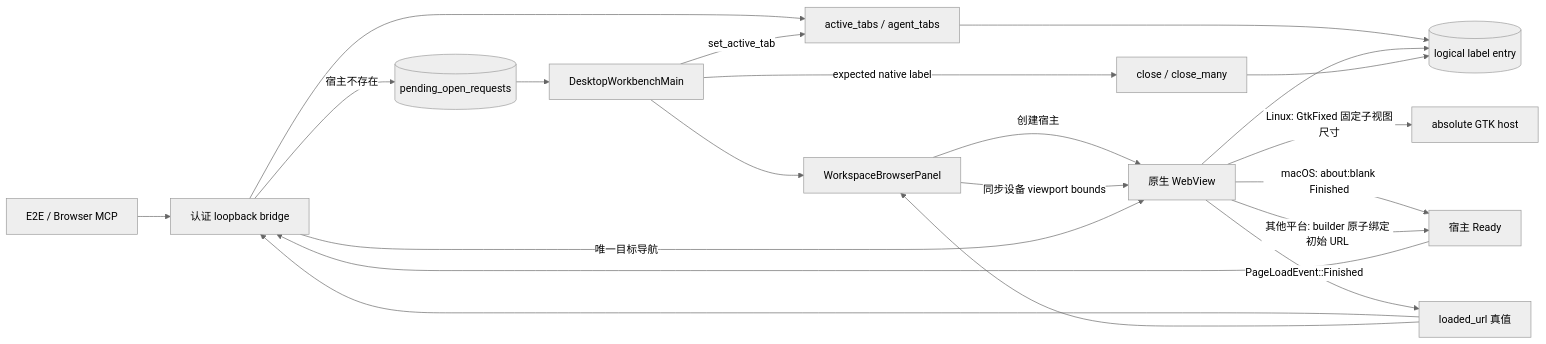
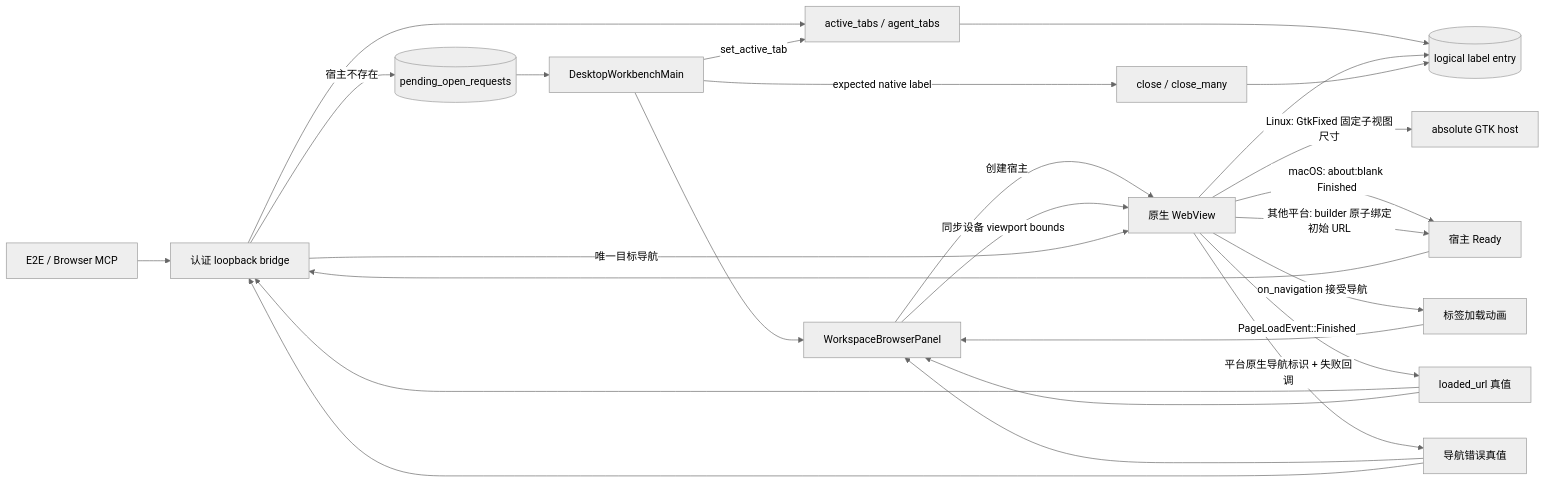
Before and after one commit to wecode-ai/wegent-docs: the first of 2 diagrams in i18n/zh/docusaurus-plugin-content-docs/current/architecture/embedded-browser.md, drawn with Mermaid (neutral theme). The commit also changed other lines of this file and 3 other files, not shown here.

````diff
--- a/i18n/zh/docusaurus-plugin-content-docs/current/architecture/embedded-browser.md
+++ b/i18n/zh/docusaurus-plugin-content-docs/current/architecture/embedded-browser.md
@@ -9,23 +9,28 @@
 ```mermaid
 flowchart LR
     CALLER[E2E / Browser MCP] --> BRIDGE[认证 loopback bridge]
     BRIDGE --> ROUTE[active_tabs / agent_tabs]
     ROUTE --> ENTRY[(logical label entry)]
     BRIDGE -->|宿主不存在| PENDING[(pending_open_requests)]
     PENDING --> MAIN[DesktopWorkbenchMain]
     MAIN --> PANEL[WorkspaceBrowserPanel]
     PANEL -->|创建宿主| WEBVIEW[原生 WebView]
     PANEL -->|同步设备 viewport bounds| WEBVIEW
     WEBVIEW -->|Linux: GtkFixed 固定子视图尺寸| LINUX_HOST[absolute GTK host]
     WEBVIEW --> ENTRY
     WEBVIEW -->|macOS: about:blank Finished| READY[宿主 Ready]
     WEBVIEW -->|其他平台: builder 原子绑定初始 URL| READY
     READY --> BRIDGE
     BRIDGE -->|唯一目标导航| WEBVIEW
+    WEBVIEW -->|on_navigation 接受导航| LOADING[标签加载动画]
+    LOADING --> PANEL
     WEBVIEW -->|PageLoadEvent::Finished| LOADED[loaded_url 真值]
+    WEBVIEW -->|平台原生导航标识 + 失败回调| FAILED[导航错误真值]
     LOADED --> BRIDGE
     LOADED --> PANEL
+    FAILED --> PANEL
+    FAILED --> BRIDGE
     MAIN -->|set_active_tab| ROUTE
     MAIN -->|expected native label| CLOSE[close / close_many]
     CLOSE --> ENTRY
 ```
````
